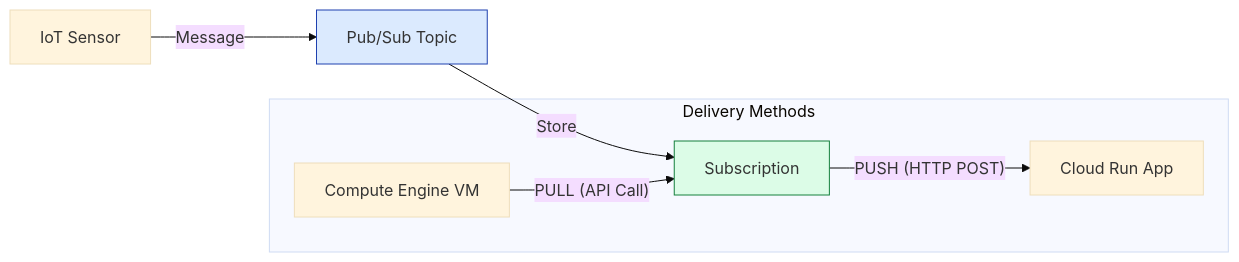
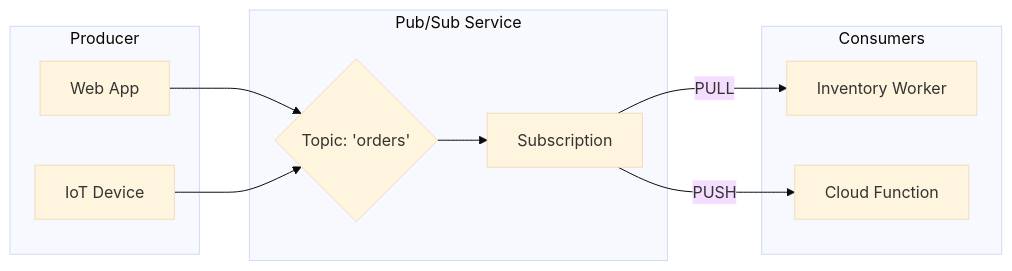
The diagram in curriculum/content/section_31_pubsub.md (jyothivempa/gcp-study-plan), drawn with Mermaid (base theme) before and after one commit. The commit also changed other lines of this file and 72 other files, not shown here.

````diff
--- a/curriculum/content/section_31_pubsub.md
+++ b/curriculum/content/section_31_pubsub.md
@@ -12,13 +25,23 @@
 ```mermaid
 graph LR
-    Publisher[IoT Sensor] --"Message"--> Topic[Pub/Sub Topic]
-    Topic --"Store"--> Sub[Subscription]
-    
-    subgraph "Delivery Methods"
-    Sub --"PUSH (HTTP POST)"--> CloudRun[Cloud Run App]
-    Worker[Compute Engine VM] --"PULL (API Call)"--> Sub
+    subgraph "Producer"
+        App[Web App]
+        IoT[IoT Device]
     end
-    
-    style Topic fill:#dbeafe,stroke:#1e40af
-    style Sub fill:#dcfce7,stroke:#15803d
+
+    subgraph "Pub/Sub Service"
+        Topic{Topic: 'orders'}
+        Sub[Subscription]
+    end
+
+    subgraph "Consumers"
+        Worker[Inventory Worker]
+        CF[Cloud Function]
+    end
+
+    App --> Topic
+    IoT --> Topic
+    Topic --> Sub
+    Sub -- "PULL" --> Worker
+    Sub -- "PUSH" --> CF
 ```
````
